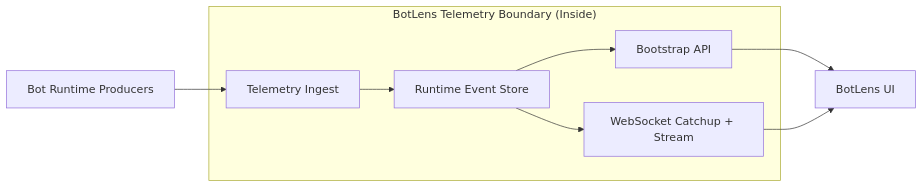
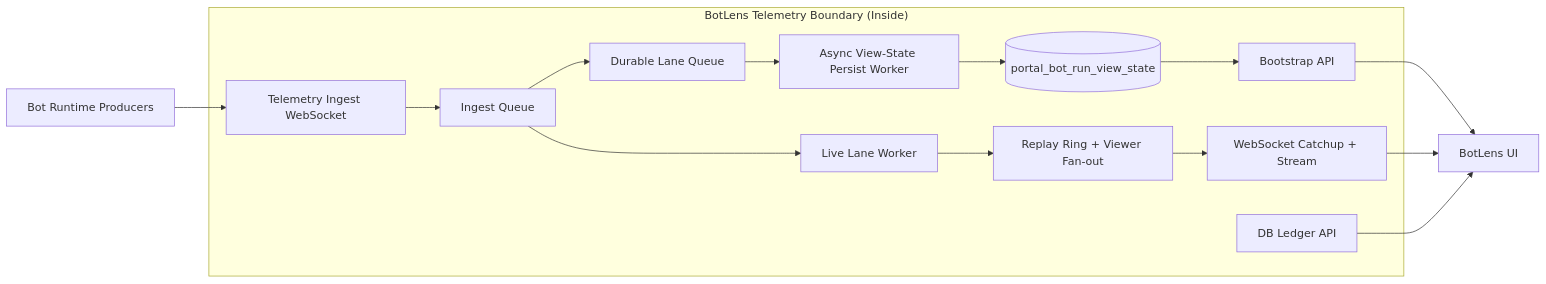
Before and after one commit to elijahbrookss/quant-trad: the diagram in docs/architecture/BOTLENS_LIVE_DATA_ARCHITECTURE.md, drawn with Mermaid. The commit also changed other lines of this file and 3 other files, not shown here.

Commit message:
document BotLens telemetry and step metrics flow

````diff
--- a/docs/architecture/BOTLENS_LIVE_DATA_ARCHITECTURE.md
+++ b/docs/architecture/BOTLENS_LIVE_DATA_ARCHITECTURE.md
@@ -36,11 +37,18 @@
 ```mermaid
 flowchart LR
     subgraph INSIDE["BotLens Telemetry Boundary (Inside)"]
-        A[Telemetry Ingest] --> B[Runtime Event Store]
-        B --> C[Bootstrap API]
-        B --> D[WebSocket Catchup + Stream]
+        A[Telemetry Ingest WebSocket] --> B[Ingest Queue]
+        B --> C[Live Lane Worker]
+        B --> D[Durable Lane Queue]
+        C --> E[Replay Ring + Viewer Fan-out]
+        D --> F[Async View-State Persist Worker]
+        F --> G[(portal_bot_run_view_state)]
+        G --> H[Bootstrap API]
+        E --> I[WebSocket Catchup + Stream]
+        J[DB Ledger API]
     end
-    E[Bot Runtime Producers] --> A
-    C --> F[BotLens UI]
-    D --> F
+    K[Bot Runtime Producers] --> A
+    H --> L[BotLens UI]
+    I --> L
+    J --> L
 ```
````
